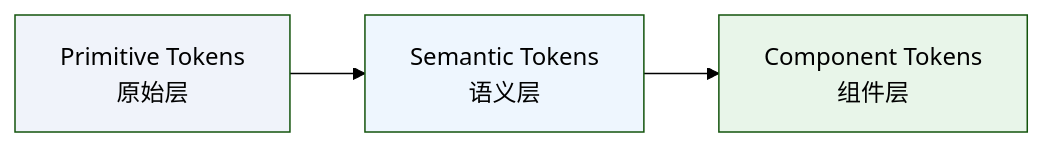
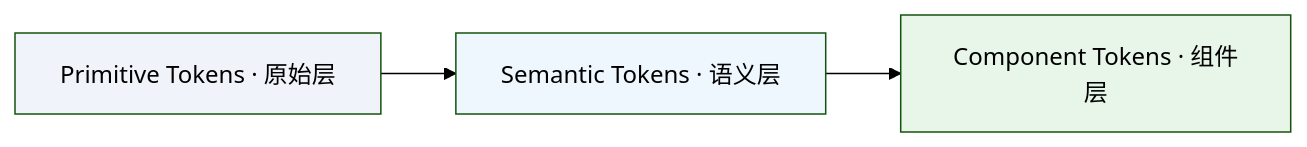
One commit to DivikWu/guidelines-site changed the diagram in content/docs/G_Tokens/01_📋 Token概述.md. Above: the diagram before and after it, drawn with Mermaid (forest theme).

Commit message:
docs: 更新 Token 概述文档

````diff
--- a/content/docs/G_Tokens/01_📋 Token概述.md
+++ b/content/docs/G_Tokens/01_📋 Token概述.md
@@ -52,9 +52,9 @@
 ```mermaid
 graph LR
-    A[Primitive Tokens<br/>原始层] --> B[Semantic Tokens<br/>语义层]
-    B --> C[Component Tokens<br/>组件层]
+    A[Primitive Tokens · 原始层] --> B[Semantic Tokens · 语义层]
+    B --> C[Component Tokens · 组件层]
     
     style A fill:#f0f3fa
     style B fill:#eef6fe
     style C fill:#e8f5e9
 ```
````
